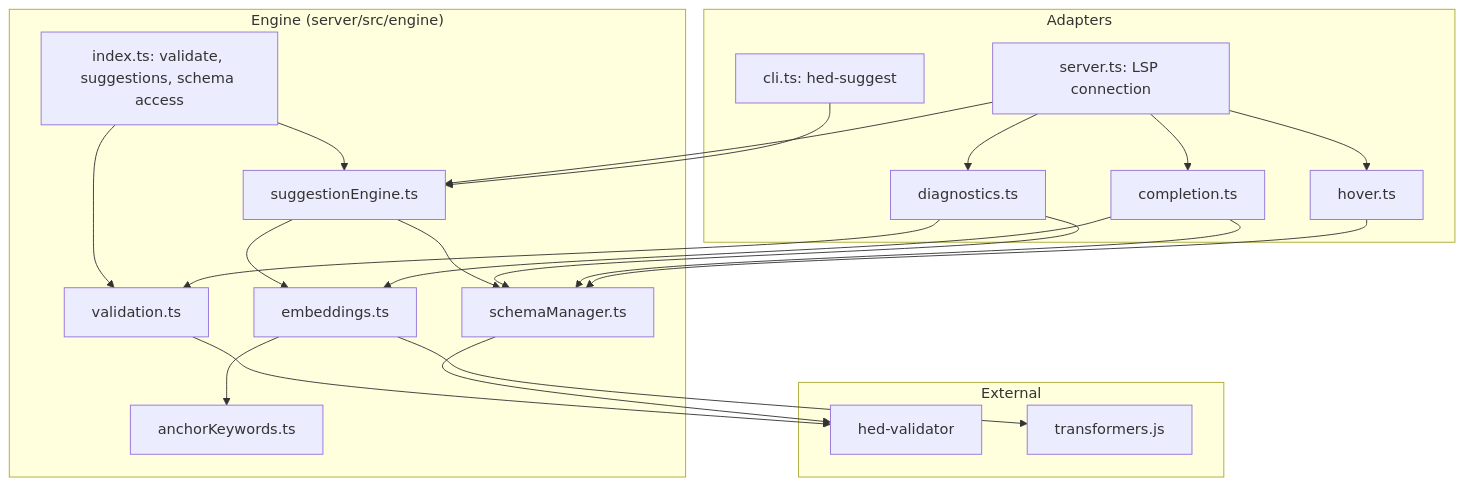
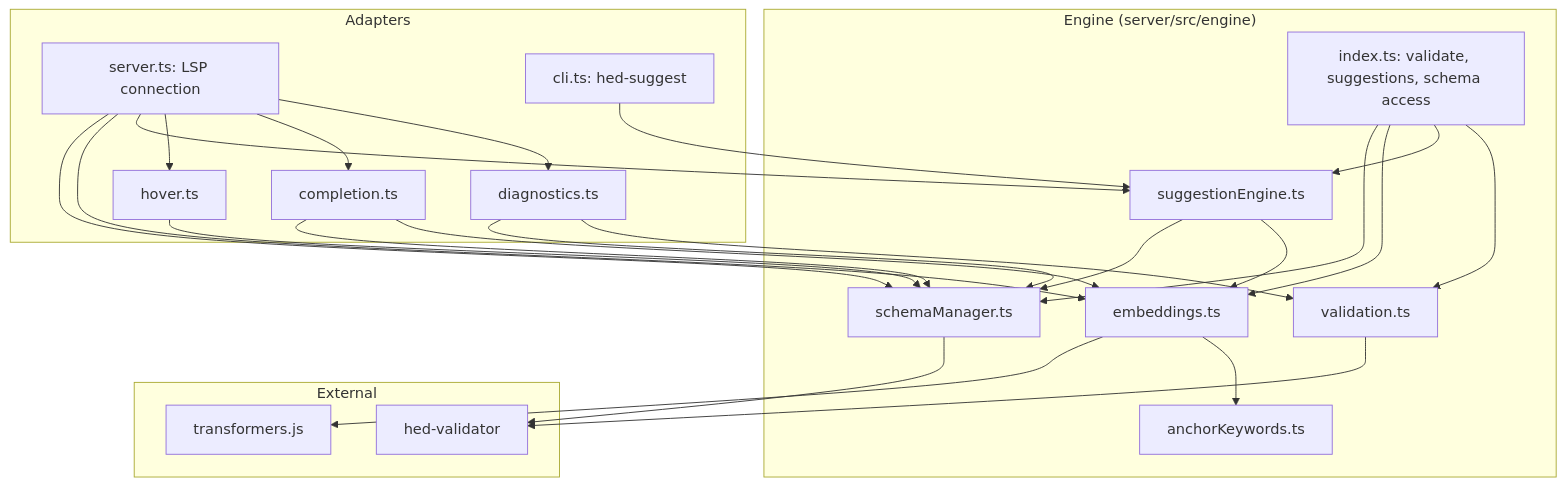
Before and after one commit to hed-standard/hed-lsp: the third of 6 diagrams in docs/architecture.md, drawn with Mermaid. The commit also changed other lines of this file and 1 other file, not shown here.

Commit message:
docs: correct IPC log streams and edges
Under IPC, info lines go to stdout and error lines go to stderr, so the changelog and architecture doc no longer say engine lines stay on stdout. The diagram gains the server's and the index's real edges to the embedding and schema modules. The changelog records the percent-sign fix under IPC. Spellcheck passes.

````diff
--- a/docs/architecture.md
+++ b/docs/architecture.md
@@ -63,32 +63,36 @@
 ```mermaid
 graph TB
     subgraph "Adapters"
         A[server.ts: LSP connection] --> B[diagnostics.ts]
         A --> C[completion.ts]
         A --> D[hover.ts]
         E[cli.ts: hed-suggest]
     end
 
     subgraph "Engine (server/src/engine)"
         F[index.ts: validate, suggestions, schema access]
         F --> G[validation.ts]
         F --> H[suggestionEngine.ts]
         H --> I[embeddings.ts]
         H --> J[schemaManager.ts]
         I --> K[anchorKeywords.ts]
     end
 
     subgraph "External"
         G --> L[hed-validator]
         J --> L
         I --> M[transformers.js]
     end
 
     A --> H
+    A --> I
+    A --> J
     B --> G
     B --> J
     C --> I
     C --> J
     D --> J
     E --> H
+    F --> I
+    F --> J
 ```
````
